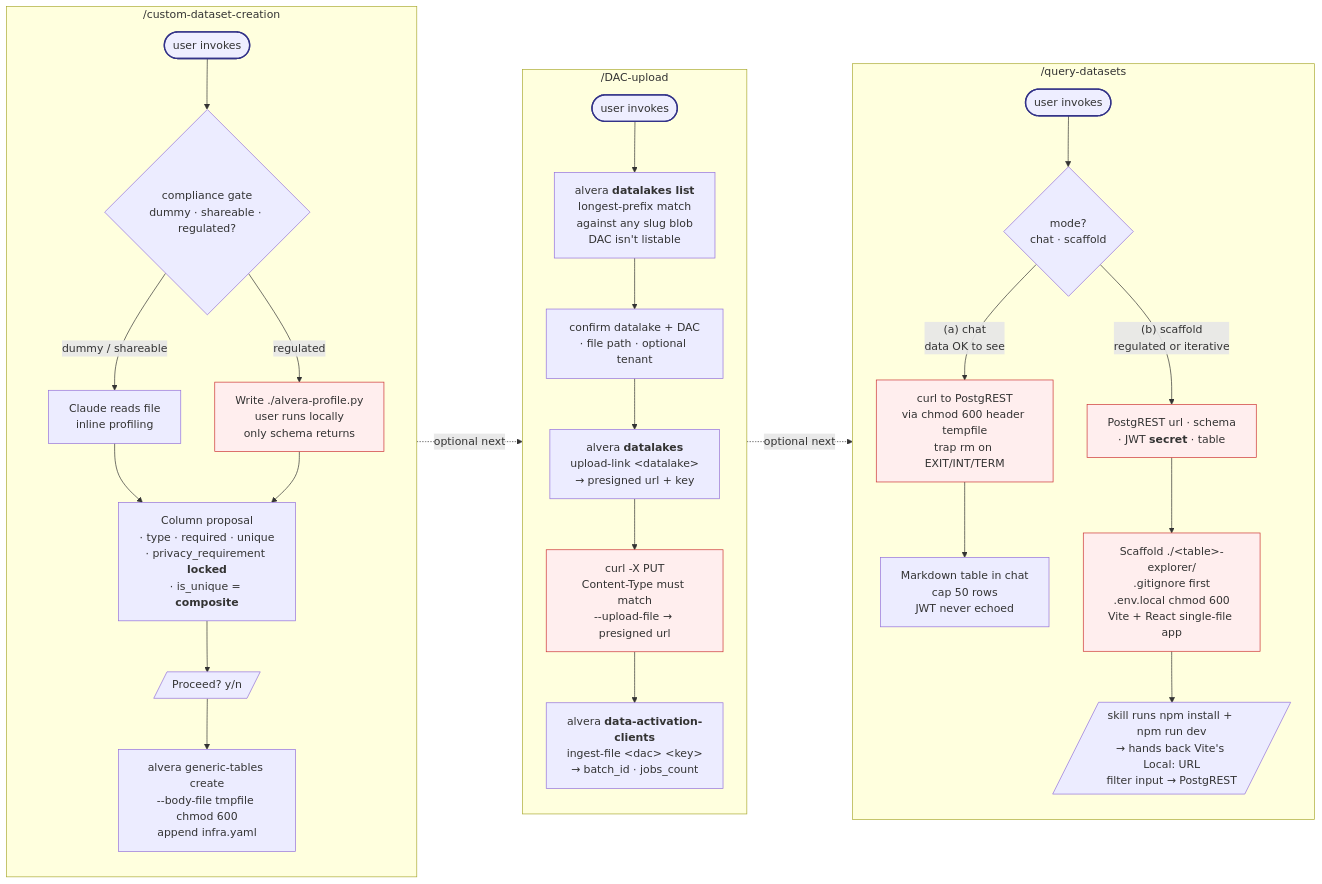
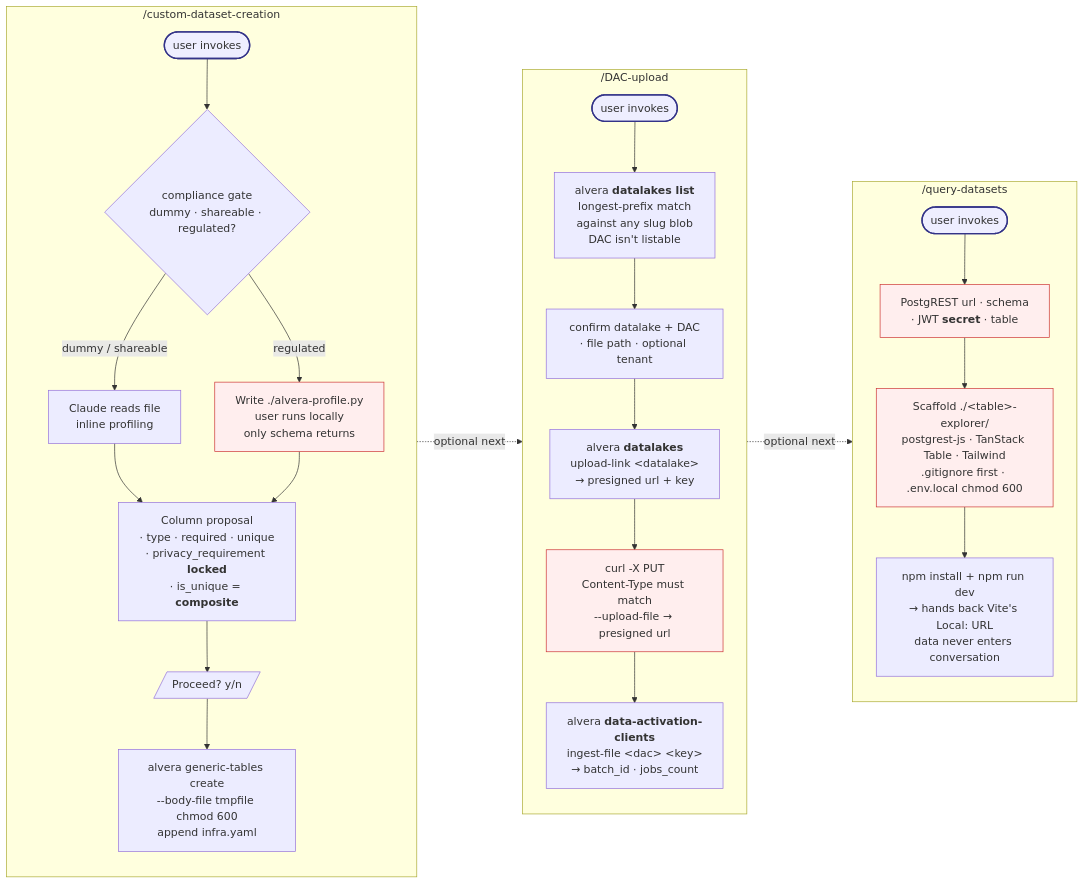
One commit to alvera-ai/alvera-agent changed the diagram in plugins/platform-setup/README.md. Above: the diagram before and after it, drawn with Mermaid. The commit also changed other lines of this file and 4 other files, not shown here.

First line of the commit message:
refactor(query-datasets): drop chat mode, adopt sfphg-ops-hub patterns

````diff
--- a/plugins/platform-setup/README.md
+++ b/plugins/platform-setup/README.md
@@ -19,40 +19,37 @@
 ```mermaid
 flowchart LR
     subgraph cdc ["/custom-dataset-creation"]
         direction TB
         start1([user invokes]) --> gate{compliance gate<br/>dummy · shareable · regulated?}
         gate -->|dummy / shareable| inline[Claude reads file<br/>inline profiling]
         gate -->|regulated| script[Write ./alvera-profile.py<br/>user runs locally<br/>only schema returns]
         inline --> prop[Column proposal<br/>· type · required · unique<br/>· privacy_requirement <b>locked</b><br/>· is_unique = <b>composite</b>]
         script --> prop
         prop --> confirm[/Proceed? y/n/]
         confirm --> create[alvera generic-tables create<br/>--body-file tmpfile chmod 600<br/>append infra.yaml]
     end
 
     subgraph dac ["/DAC-upload"]
         direction TB
         start2([user invokes]) --> resolve[alvera <b>datalakes list</b><br/>longest-prefix match<br/>against any slug blob<br/>DAC isn't listable]
         resolve --> elicit1[confirm datalake + DAC<br/>· file path · optional tenant]
         elicit1 --> link[alvera <b>datalakes</b><br/>upload-link &lt;datalake&gt;<br/>→ presigned url + key]
         link --> put[curl -X PUT<br/>Content-Type must match<br/>--upload-file → presigned url]
         put --> ingest[alvera <b>data-activation-clients</b><br/>ingest-file &lt;dac&gt; &lt;key&gt;<br/>→ batch_id · jobs_count]
     end
 
     subgraph qd ["/query-datasets"]
         direction TB
-        start3([user invokes]) --> mode{mode?<br/>chat · scaffold}
-        mode -->|"(a) chat<br/>data OK to see"| chat[curl to PostgREST<br/>via chmod 600 header tempfile<br/>trap rm on EXIT/INT/TERM]
-        chat --> render[Markdown table in chat<br/>cap 50 rows<br/>JWT never echoed]
-        mode -->|"(b) scaffold<br/>regulated or iterative"| elicit2[PostgREST url · schema<br/>· JWT <b>secret</b> · table]
-        elicit2 --> scaffold[Scaffold ./&lt;table&gt;-explorer/<br/>.gitignore first<br/>.env.local chmod 600<br/>Vite + React single-file app]
-        scaffold --> handoff[/skill runs npm install + npm run dev<br/>→ hands back Vite's Local: URL<br/>filter input → PostgREST/]
+        start3([user invokes]) --> elicit2[PostgREST url · schema<br/>· JWT <b>secret</b> · table]
+        elicit2 --> scaffold[Scaffold ./&lt;table&gt;-explorer/<br/>postgrest-js · TanStack Table · Tailwind<br/>.gitignore first · .env.local chmod 600]
+        scaffold --> run[npm install + npm run dev<br/>→ hands back Vite's Local: URL<br/>data never enters conversation]
     end
 
     create -. optional next .-> start2
     ingest -. optional next .-> start3
 
     classDef entry fill:#eef,stroke:#338,stroke-width:2px
     classDef secret fill:#fee,stroke:#c33,stroke-width:1px
     class start1,start2,start3 entry
-    class script,put,chat,elicit2,scaffold secret
+    class script,put,elicit2,scaffold secret
 ```
````
